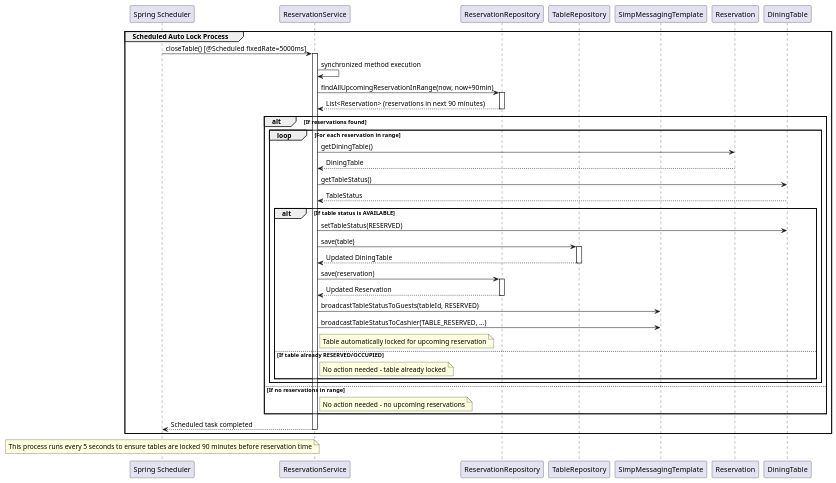
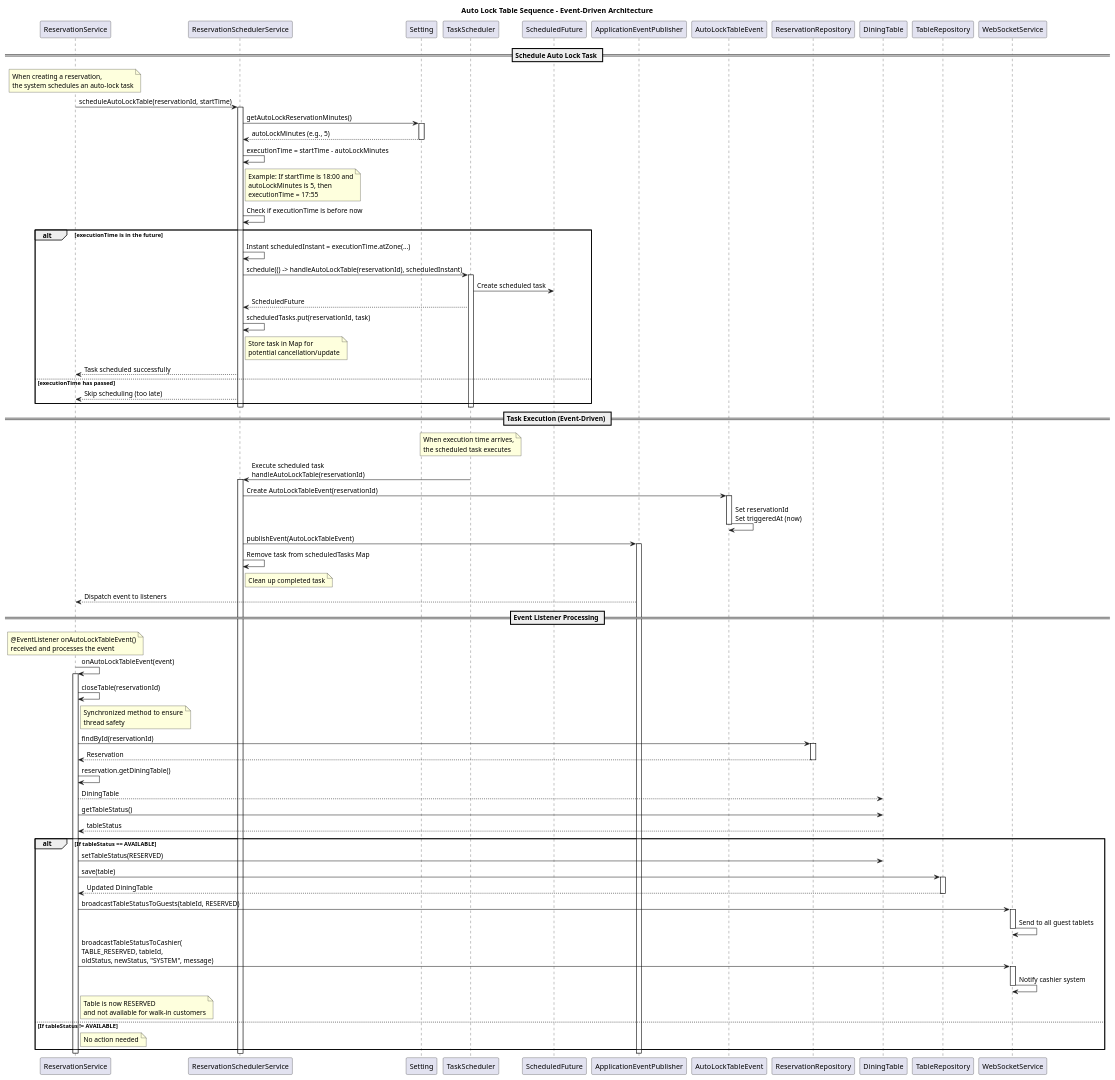
One commit to Kentahri/SWP391_Group1 changed the diagram in PizzarIO_SWP391/docs/reservation-sequence/reservation-auto-lock-sequence.puml. Above: the diagram before and after it, drawn with PlantUML. The commit also changed 7 other files, not shown here.

Commit message:
Update(CashierDashboardController, GeminiChatService, TableService): Replace exception variable names for clarity and update Java version in pom.xml

```diff
--- a/PizzarIO_SWP391/docs/reservation-sequence/reservation-auto-lock-sequence.puml
+++ b/PizzarIO_SWP391/docs/reservation-sequence/reservation-auto-lock-sequence.puml
@@ -1,60 +1,145 @@
-@startuml Auto Lock Table Before 90 Minutes Sequence Diagram
+@startuml
+title Auto Lock Table Sequence - Event-Driven Architecture
 
-participant "Spring Scheduler" as SpringScheduler
-participant "ReservationService" as Service
-participant "ReservationRepository" as Repo
+participant "ReservationService" as ReservationService
+participant "ReservationSchedulerService" as SchedulerService
+participant "Setting" as Setting
+participant "TaskScheduler" as TaskScheduler
+participant "ScheduledFuture" as ScheduledFuture
+participant "ApplicationEventPublisher" as EventPublisher
+participant "AutoLockTableEvent" as Event
+participant "ReservationRepository" as ReservationRepo
+participant "DiningTable" as Table
 participant "TableRepository" as TableRepo
-participant "SimpMessagingTemplate" as WebSocket
-participant "Reservation" as Entity
-participant "DiningTable" as Table
+participant "WebSocketService" as WebSocket
 
+== Schedule Auto Lock Task ==
 
-group Scheduled Auto Lock Process
-    SpringScheduler -> Service: closeTable() [@Scheduled fixedRate=5000ms]
-    activate Service
+note over ReservationService
+When creating a reservation,
+the system schedules an auto-lock task
+end note
+
+ReservationService -> SchedulerService: scheduleAutoLockTable(reservationId, startTime)
+activate SchedulerService
+
+SchedulerService -> Setting: getAutoLockReservationMinutes()
+activate Setting
+Setting --> SchedulerService: autoLockMinutes (e.g., 5)
+deactivate Setting
+
+SchedulerService -> SchedulerService: executionTime = startTime - autoLockMinutes
+note right of SchedulerService
+Example: If startTime is 18:00 and
+autoLockMinutes is 5, then
+executionTime = 17:55
+end note
+
+SchedulerService -> SchedulerService: Check if executionTime is before now
+
+alt executionTime is in the future
+    SchedulerService -> SchedulerService: Instant scheduledInstant = executionTime.atZone(...)
     
-    Service -> Service: synchronized method execution
-    Service -> Repo: findAllUpcomingReservationInRange(now, now+90min)
-    activate Repo
-    Repo --> Service: List<Reservation> (reservations in next 90 minutes)
-    deactivate Repo
+    SchedulerService -> TaskScheduler: schedule(() -> handleAutoLockTable(reservationId), scheduledInstant)
+    activate TaskScheduler
+    TaskScheduler -> ScheduledFuture: Create scheduled task
+    TaskScheduler --> SchedulerService: ScheduledFuture
     
-    alt If reservations found
-        loop For each reservation in range
-            Service -> Entity: getDiningTable()
-            Entity --> Service: DiningTable
-            
-            Service -> Table: getTableStatus()
-            Table --> Service: TableStatus
-            
-            alt If table status is AVAILABLE
-                Service -> Table: setTableStatus(RESERVED)
-                Service -> TableRepo: save(table)
-                activate TableRepo
-                TableRepo --> Service: Updated DiningTable
-                deactivate TableRepo
-                
-                Service -> Repo: save(reservation)
-                activate Repo
-                Repo --> Service: Updated Reservation
-                deactivate Repo
-                
-                Service -> WebSocket: broadcastTableStatusToGuests(tableId, RESERVED)
-                Service -> WebSocket: broadcastTableStatusToCashier(TABLE_RESERVED, ...)
-                
-                note right of Service: Table automatically locked for upcoming reservation
-            else If table already RESERVED/OCCUPIED
-                note right of Service: No action needed - table already locked
-            end
-        end
-    else If no reservations in range
-        note right of Service: No action needed - no upcoming reservations
-    end
+    SchedulerService -> SchedulerService: scheduledTasks.put(reservationId, task)
+    note right of SchedulerService
+    Store task in Map for
+    potential cancellation/update
+    end note
     
-    Service --> SpringScheduler: Scheduled task completed
-    deactivate Service
+    SchedulerService --> ReservationService: Task scheduled successfully
+else executionTime has passed
+    SchedulerService --> ReservationService: Skip scheduling (too late)
 end
 
-note over SpringScheduler: This process runs every 5 seconds to ensure tables are locked 90 minutes before reservation time
+deactivate TaskScheduler
+deactivate SchedulerService
+
+== Task Execution (Event-Driven) ==
+
+note over TaskScheduler
+When execution time arrives,
+the scheduled task executes
+end note
+
+TaskScheduler -> SchedulerService: Execute scheduled task\nhandleAutoLockTable(reservationId)
+activate SchedulerService
+
+SchedulerService -> Event: Create AutoLockTableEvent(reservationId)
+activate Event
+Event -> Event: Set reservationId\nSet triggeredAt (now)
+deactivate Event
+
+SchedulerService -> EventPublisher: publishEvent(AutoLockTableEvent)
+activate EventPublisher
+
+SchedulerService -> SchedulerService: Remove task from scheduledTasks Map
+note right of SchedulerService
+Clean up completed task
+end note
+
+EventPublisher --> ReservationService: Dispatch event to listeners
+
+== Event Listener Processing ==
+
+note over ReservationService
+@EventListener onAutoLockTableEvent()
+received and processes the event
+end note
+
+ReservationService -> ReservationService: onAutoLockTableEvent(event)
+activate ReservationService
+
+ReservationService -> ReservationService: closeTable(reservationId)
+note right of ReservationService
+Synchronized method to ensure
+thread safety
+end note
+
+ReservationService -> ReservationRepo: findById(reservationId)
+activate ReservationRepo
+ReservationRepo --> ReservationService: Reservation
+deactivate ReservationRepo
+
+ReservationService -> ReservationService: reservation.getDiningTable()
+ReservationService --> Table: DiningTable
+
+ReservationService -> Table: getTableStatus()
+Table --> ReservationService: tableStatus
+
+alt If tableStatus == AVAILABLE
+    ReservationService -> Table: setTableStatus(RESERVED)
+    
+    ReservationService -> TableRepo: save(table)
+    activate TableRepo
+    TableRepo --> ReservationService: Updated DiningTable
+    deactivate TableRepo
+    
+    ReservationService -> WebSocket: broadcastTableStatusToGuests(tableId, RESERVED)
+    activate WebSocket
+    WebSocket -> WebSocket: Send to all guest tablets
+    deactivate WebSocket
+    
+    ReservationService -> WebSocket: broadcastTableStatusToCashier(\nTABLE_RESERVED, tableId,\noldStatus, newStatus, "SYSTEM", message)
+    activate WebSocket
+    WebSocket -> WebSocket: Notify cashier system
+    deactivate WebSocket
+    
+    note right of ReservationService
+    Table is now RESERVED
+    and not available for walk-in customers
+    end note
+else If tableStatus != AVAILABLE
+    note right of ReservationService
+    No action needed
+    end note
+end
+
+deactivate ReservationService
+deactivate EventPublisher
 
 @enduml
```
